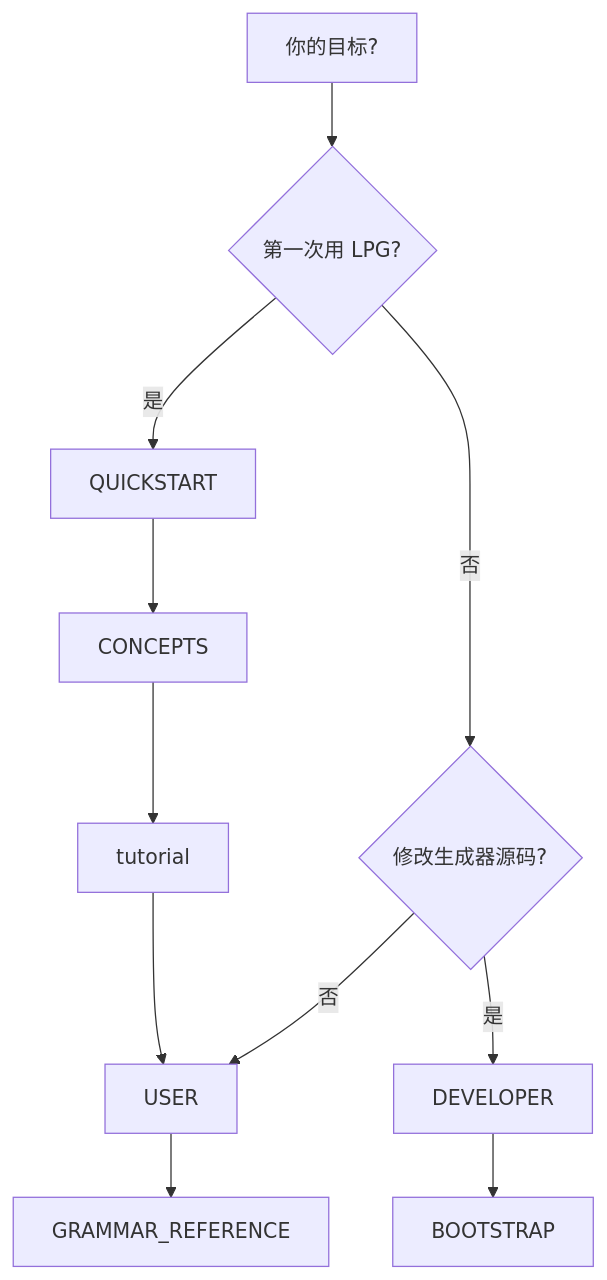
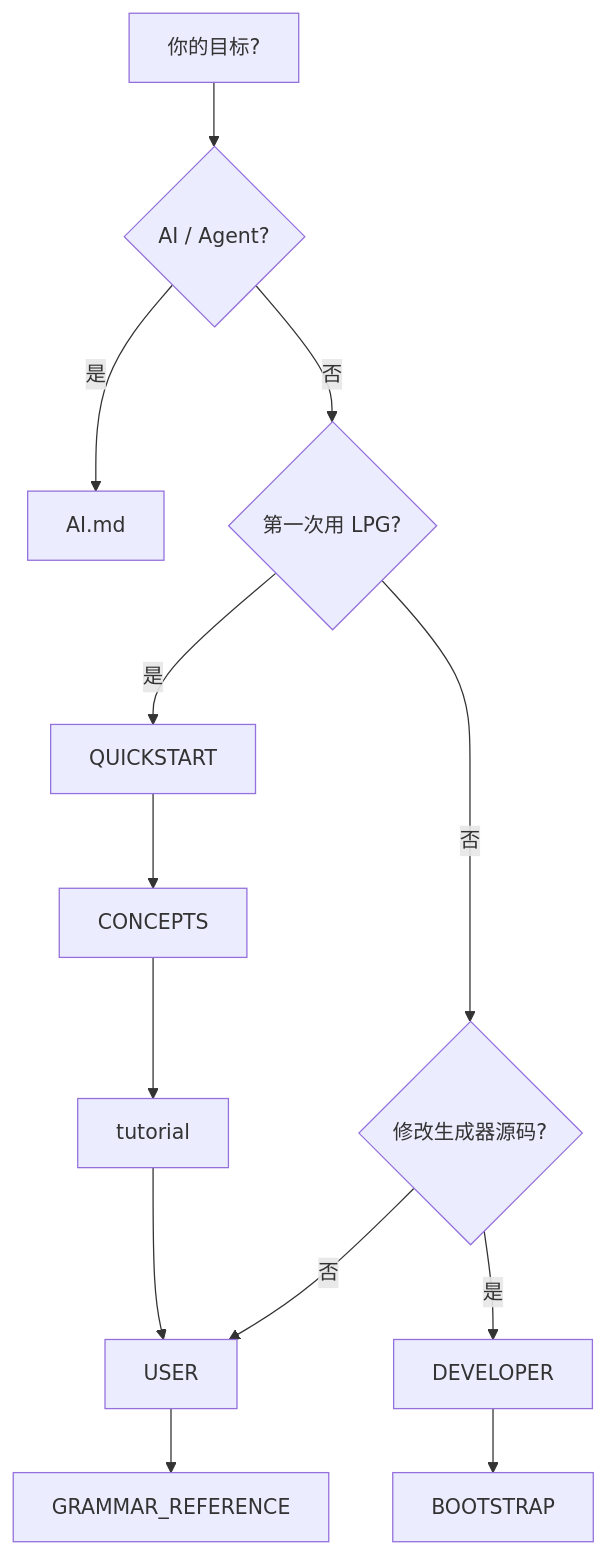
The diagram in docs/README.md (A-LPG/LPG2), drawn with Mermaid before and after one commit. The commit also changed other lines of this file and 7 other files, not shown here.

First line of the commit message:
Add AI/Agent playbook and Cursor skill for LPG2 workflows.

````diff
--- a/docs/README.md
+++ b/docs/README.md
@@ -5,13 +5,15 @@
 ```mermaid
 flowchart TD
-  A[你的目标?] --> B{第一次用 LPG?}
+  A[你的目标?] --> AI{AI / Agent?}
+  AI -->|是| AIdoc[AI.md]
+  AI -->|否| B{第一次用 LPG?}
   B -->|是| Q[QUICKSTART]
   Q --> C[CONCEPTS]
   C --> T[tutorial]
   T --> U[USER]
   U --> G[GRAMMAR_REFERENCE]
   B -->|否| M{修改生成器源码?}
   M -->|否| U
   M -->|是| D[DEVELOPER]
   D --> E[BOOTSTRAP]
 ```
````
